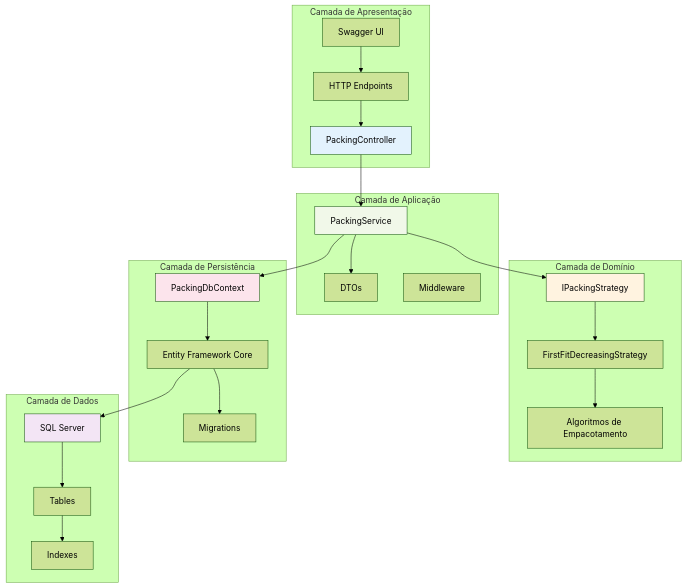
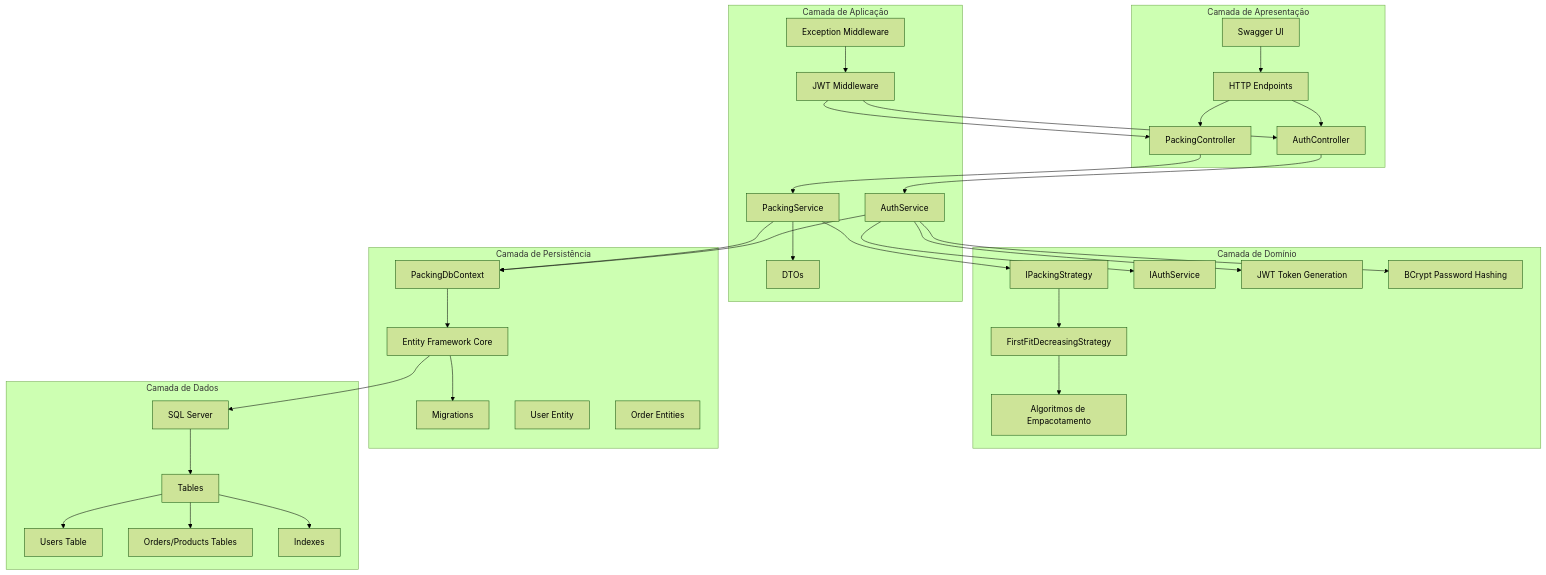
One commit to Cysne/PackingMS changed the sixth of 6 diagrams in Readme.md. Above: the diagram before and after it, drawn with Mermaid (forest theme). The commit also changed other lines of this file, not shown here.

Commit message:
docs: atualizar diagrama de fluxo e estrutura do README.md para incluir novos componentes de autenticação

````diff
--- a/Readme.md
+++ b/Readme.md
@@ -695,52 +683,67 @@
 ```mermaid
 graph TB
     subgraph "Camada de Apresentação"
         A[PackingController]
+        A1[AuthController]
         B[Swagger UI]
         C[HTTP Endpoints]
     end
 
     subgraph "Camada de Aplicação"
         D[PackingService]
+        D1[AuthService]
         E[DTOs]
-        F[Middleware]
+        F[JWT Middleware]
+        F1[Exception Middleware]
     end
 
     subgraph "Camada de Domínio"
         G[IPackingStrategy]
+        G1[IAuthService]
         H[FirstFitDecreasingStrategy]
         I[Algoritmos de Empacotamento]
+        I1[JWT Token Generation]
+        I2[BCrypt Password Hashing]
     end
 
     subgraph "Camada de Persistência"
         J[PackingDbContext]
         K[Entity Framework Core]
         L[Migrations]
+        L1[User Entity]
+        L2[Order Entities]
     end
 
     subgraph "Camada de Dados"
         M[SQL Server]
         N[Tables]
+        N1[Users Table]
+        N2[Orders/Products Tables]
         O[Indexes]
     end
 
     A --> D
+    A1 --> D1
     B --> C
     C --> A
+    C --> A1
     D --> E
     D --> G
+    D1 --> G1
     G --> H
     H --> I
+    D1 --> I1
+    D1 --> I2
+    F --> A
+    F --> A1
+    F1 --> F
     D --> J
+    D1 --> J
     J --> K
     K --> L
     K --> M
     M --> N
+    N --> N1
+    N --> N2
     N --> O
-
-    style A fill:#e3f2fd
-    style D fill:#f1f8e9
-    style G fill:#fff3e0
-    style J fill:#fce4ec
-    style M fill:#f3e5f5
 ```
````
